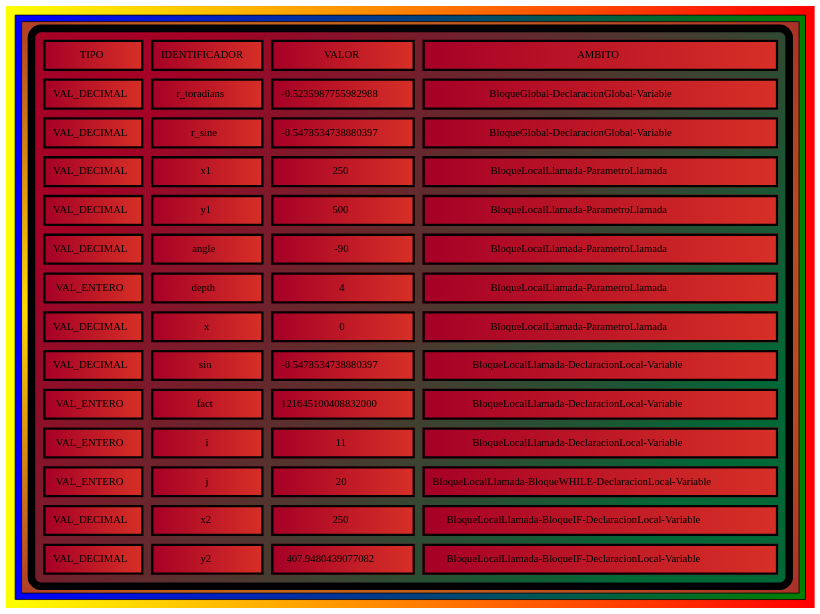
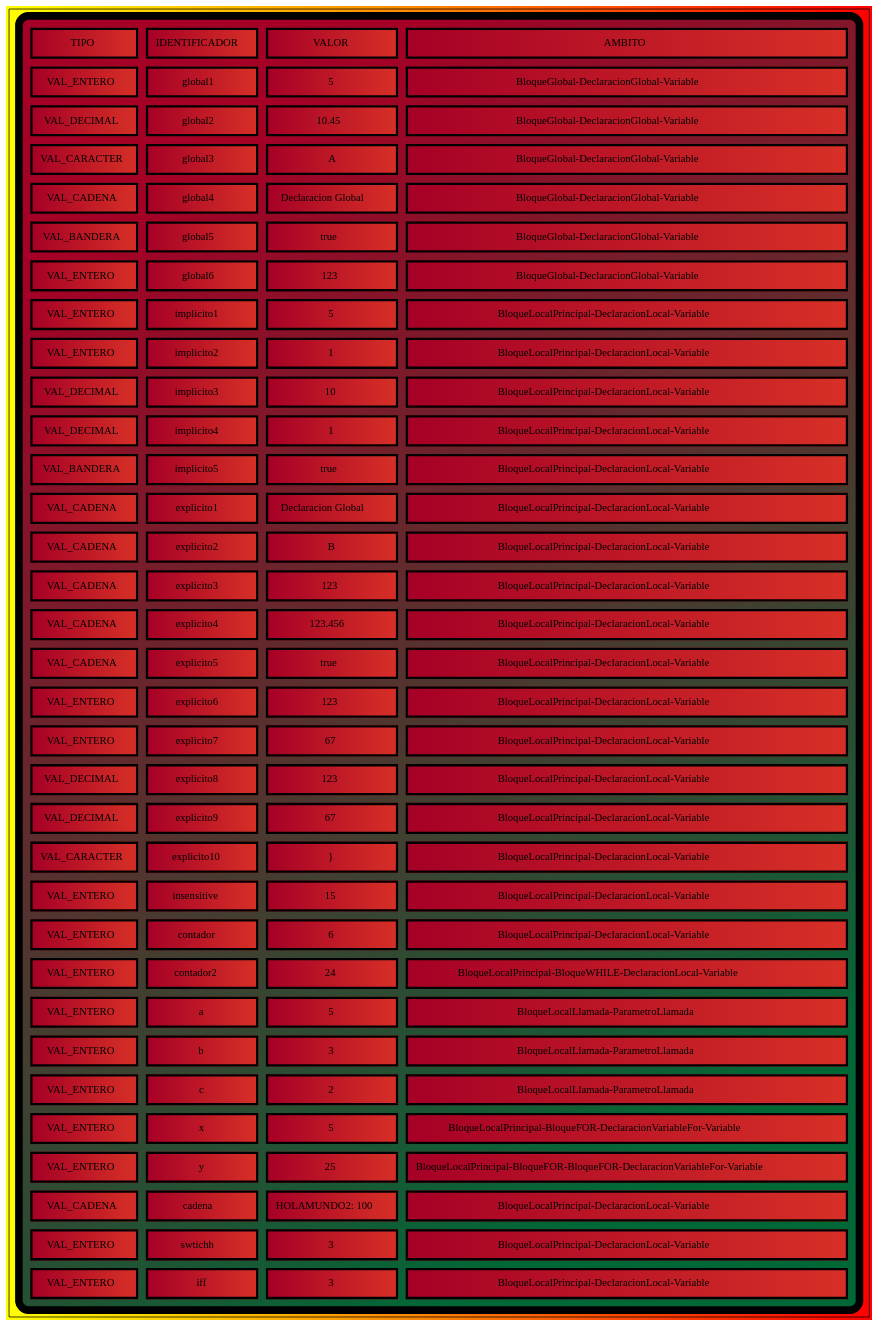
One commit to cocacore7/OLC1-Proyecto2-201908335 changed the diagram in backend/routes/arbol/TS.dot. Above: the diagram before and after it, drawn with Graphviz. The commit also changed 4 other files, not shown here.

```diff
--- a/backend/routes/arbol/TS.dot
+++ b/backend/routes/arbol/TS.dot
@@ -1,6 +1,5 @@
 digraph G { bgcolor="yellow:red"
-subgraph cluster1 {fillcolor="blue:green" style="filled"
-node [shape=record fillcolor="gold:brown" style="radial" gradientangle=180]
+node [shape=filled];
 a0 [label=<
 <TABLE border="10" cellspacing="10" cellpadding="10" style="rounded" bgcolor="/rdylgn11/1:/rdylgn11/11" gradientangle="315">
 <TR>
@@ -10,82 +9,196 @@
 <TD border="3"  bgcolor="/rdylgn11/1:/rdylgn11/2">AMBITO</TD>
 </TR>
 <TR>
-<TD border="3"  bgcolor="/rdylgn11/1:/rdylgn11/2">VAL_DECIMAL</TD>
-<TD border="3"  bgcolor="/rdylgn11/1:/rdylgn11/2">r_toradians</TD>
-<TD border="3"  bgcolor="/rdylgn11/1:/rdylgn11/2">-0.5235987755982988</TD>
+<TD border="3"  bgcolor="/rdylgn11/1:/rdylgn11/2">VAL_ENTERO</TD>
+<TD border="3"  bgcolor="/rdylgn11/1:/rdylgn11/2">global1</TD>
+<TD border="3"  bgcolor="/rdylgn11/1:/rdylgn11/2">5</TD>
 <TD border="3"  bgcolor="/rdylgn11/1:/rdylgn11/2">BloqueGlobal-DeclaracionGlobal-Variable</TD>
 </TR>
 <TR>
 <TD border="3"  bgcolor="/rdylgn11/1:/rdylgn11/2">VAL_DECIMAL</TD>
-<TD border="3"  bgcolor="/rdylgn11/1:/rdylgn11/2">r_sine</TD>
-<TD border="3"  bgcolor="/rdylgn11/1:/rdylgn11/2">-0.5478534738880397</TD>
+<TD border="3"  bgcolor="/rdylgn11/1:/rdylgn11/2">global2</TD>
+<TD border="3"  bgcolor="/rdylgn11/1:/rdylgn11/2">10.45</TD>
 <TD border="3"  bgcolor="/rdylgn11/1:/rdylgn11/2">BloqueGlobal-DeclaracionGlobal-Variable</TD>
 </TR>
 <TR>
-<TD border="3"  bgcolor="/rdylgn11/1:/rdylgn11/2">VAL_DECIMAL</TD>
-<TD border="3"  bgcolor="/rdylgn11/1:/rdylgn11/2">x1</TD>
-<TD border="3"  bgcolor="/rdylgn11/1:/rdylgn11/2">250</TD>
-<TD border="3"  bgcolor="/rdylgn11/1:/rdylgn11/2">BloqueLocalLlamada-ParametroLlamada</TD>
+<TD border="3"  bgcolor="/rdylgn11/1:/rdylgn11/2">VAL_CARACTER</TD>
+<TD border="3"  bgcolor="/rdylgn11/1:/rdylgn11/2">global3</TD>
+<TD border="3"  bgcolor="/rdylgn11/1:/rdylgn11/2">A</TD>
+<TD border="3"  bgcolor="/rdylgn11/1:/rdylgn11/2">BloqueGlobal-DeclaracionGlobal-Variable</TD>
+</TR>
+<TR>
+<TD border="3"  bgcolor="/rdylgn11/1:/rdylgn11/2">VAL_CADENA</TD>
+<TD border="3"  bgcolor="/rdylgn11/1:/rdylgn11/2">global4</TD>
+<TD border="3"  bgcolor="/rdylgn11/1:/rdylgn11/2">Declaracion Global</TD>
+<TD border="3"  bgcolor="/rdylgn11/1:/rdylgn11/2">BloqueGlobal-DeclaracionGlobal-Variable</TD>
+</TR>
+<TR>
+<TD border="3"  bgcolor="/rdylgn11/1:/rdylgn11/2">VAL_BANDERA</TD>
+<TD border="3"  bgcolor="/rdylgn11/1:/rdylgn11/2">global5</TD>
+<TD border="3"  bgcolor="/rdylgn11/1:/rdylgn11/2">true</TD>
+<TD border="3"  bgcolor="/rdylgn11/1:/rdylgn11/2">BloqueGlobal-DeclaracionGlobal-Variable</TD>
+</TR>
+<TR>
+<TD border="3"  bgcolor="/rdylgn11/1:/rdylgn11/2">VAL_ENTERO</TD>
+<TD border="3"  bgcolor="/rdylgn11/1:/rdylgn11/2">global6</TD>
+<TD border="3"  bgcolor="/rdylgn11/1:/rdylgn11/2">123</TD>
+<TD border="3"  bgcolor="/rdylgn11/1:/rdylgn11/2">BloqueGlobal-DeclaracionGlobal-Variable</TD>
+</TR>
+<TR>
+<TD border="3"  bgcolor="/rdylgn11/1:/rdylgn11/2">VAL_ENTERO</TD>
+<TD border="3"  bgcolor="/rdylgn11/1:/rdylgn11/2">implicito1</TD>
+<TD border="3"  bgcolor="/rdylgn11/1:/rdylgn11/2">5</TD>
+<TD border="3"  bgcolor="/rdylgn11/1:/rdylgn11/2">BloqueLocalPrincipal-DeclaracionLocal-Variable</TD>
+</TR>
+<TR>
+<TD border="3"  bgcolor="/rdylgn11/1:/rdylgn11/2">VAL_ENTERO</TD>
+<TD border="3"  bgcolor="/rdylgn11/1:/rdylgn11/2">implicito2</TD>
+<TD border="3"  bgcolor="/rdylgn11/1:/rdylgn11/2">1</TD>
+<TD border="3"  bgcolor="/rdylgn11/1:/rdylgn11/2">BloqueLocalPrincipal-DeclaracionLocal-Variable</TD>
 </TR>
 <TR>
 <TD border="3"  bgcolor="/rdylgn11/1:/rdylgn11/2">VAL_DECIMAL</TD>
-<TD border="3"  bgcolor="/rdylgn11/1:/rdylgn11/2">y1</TD>
-<TD border="3"  bgcolor="/rdylgn11/1:/rdylgn11/2">500</TD>
-<TD border="3"  bgcolor="/rdylgn11/1:/rdylgn11/2">BloqueLocalLlamada-ParametroLlamada</TD>
+<TD border="3"  bgcolor="/rdylgn11/1:/rdylgn11/2">implicito3</TD>
+<TD border="3"  bgcolor="/rdylgn11/1:/rdylgn11/2">10</TD>
+<TD border="3"  bgcolor="/rdylgn11/1:/rdylgn11/2">BloqueLocalPrincipal-DeclaracionLocal-Variable</TD>
 </TR>
 <TR>
 <TD border="3"  bgcolor="/rdylgn11/1:/rdylgn11/2">VAL_DECIMAL</TD>
-<TD border="3"  bgcolor="/rdylgn11/1:/rdylgn11/2">angle</TD>
-<TD border="3"  bgcolor="/rdylgn11/1:/rdylgn11/2">-90</TD>
+<TD border="3"  bgcolor="/rdylgn11/1:/rdylgn11/2">implicito4</TD>
+<TD border="3"  bgcolor="/rdylgn11/1:/rdylgn11/2">1</TD>
+<TD border="3"  bgcolor="/rdylgn11/1:/rdylgn11/2">BloqueLocalPrincipal-DeclaracionLocal-Variable</TD>
+</TR>
+<TR>
+<TD border="3"  bgcolor="/rdylgn11/1:/rdylgn11/2">VAL_BANDERA</TD>
+<TD border="3"  bgcolor="/rdylgn11/1:/rdylgn11/2">implicito5</TD>
+<TD border="3"  bgcolor="/rdylgn11/1:/rdylgn11/2">true</TD>
+<TD border="3"  bgcolor="/rdylgn11/1:/rdylgn11/2">BloqueLocalPrincipal-DeclaracionLocal-Variable</TD>
+</TR>
+<TR>
+<TD border="3"  bgcolor="/rdylgn11/1:/rdylgn11/2">VAL_CADENA</TD>
+<TD border="3"  bgcolor="/rdylgn11/1:/rdylgn11/2">explicito1</TD>
+<TD border="3"  bgcolor="/rdylgn11/1:/rdylgn11/2">Declaracion Global</TD>
+<TD border="3"  bgcolor="/rdylgn11/1:/rdylgn11/2">BloqueLocalPrincipal-DeclaracionLocal-Variable</TD>
+</TR>
+<TR>
+<TD border="3"  bgcolor="/rdylgn11/1:/rdylgn11/2">VAL_CADENA</TD>
+<TD border="3"  bgcolor="/rdylgn11/1:/rdylgn11/2">explicito2</TD>
+<TD border="3"  bgcolor="/rdylgn11/1:/rdylgn11/2">B</TD>
+<TD border="3"  bgcolor="/rdylgn11/1:/rdylgn11/2">BloqueLocalPrincipal-DeclaracionLocal-Variable</TD>
+</TR>
+<TR>
+<TD border="3"  bgcolor="/rdylgn11/1:/rdylgn11/2">VAL_CADENA</TD>
+<TD border="3"  bgcolor="/rdylgn11/1:/rdylgn11/2">explicito3</TD>
+<TD border="3"  bgcolor="/rdylgn11/1:/rdylgn11/2">123</TD>
+<TD border="3"  bgcolor="/rdylgn11/1:/rdylgn11/2">BloqueLocalPrincipal-DeclaracionLocal-Variable</TD>
+</TR>
+<TR>
+<TD border="3"  bgcolor="/rdylgn11/1:/rdylgn11/2">VAL_CADENA</TD>
+<TD border="3"  bgcolor="/rdylgn11/1:/rdylgn11/2">explicito4</TD>
+<TD border="3"  bgcolor="/rdylgn11/1:/rdylgn11/2">123.456</TD>
+<TD border="3"  bgcolor="/rdylgn11/1:/rdylgn11/2">BloqueLocalPrincipal-DeclaracionLocal-Variable</TD>
+</TR>
+<TR>
+<TD border="3"  bgcolor="/rdylgn11/1:/rdylgn11/2">VAL_CADENA</TD>
+<TD border="3"  bgcolor="/rdylgn11/1:/rdylgn11/2">explicito5</TD>
+<TD border="3"  bgcolor="/rdylgn11/1:/rdylgn11/2">true</TD>
+<TD border="3"  bgcolor="/rdylgn11/1:/rdylgn11/2">BloqueLocalPrincipal-DeclaracionLocal-Variable</TD>
+</TR>
+<TR>
+<TD border="3"  bgcolor="/rdylgn11/1:/rdylgn11/2">VAL_ENTERO</TD>
+<TD border="3"  bgcolor="/rdylgn11/1:/rdylgn11/2">explicito6</TD>
+<TD border="3"  bgcolor="/rdylgn11/1:/rdylgn11/2">123</TD>
+<TD border="3"  bgcolor="/rdylgn11/1:/rdylgn11/2">BloqueLocalPrincipal-DeclaracionLocal-Variable</TD>
+</TR>
+<TR>
+<TD border="3"  bgcolor="/rdylgn11/1:/rdylgn11/2">VAL_ENTERO</TD>
+<TD border="3"  bgcolor="/rdylgn11/1:/rdylgn11/2">explicito7</TD>
+<TD border="3"  bgcolor="/rdylgn11/1:/rdylgn11/2">67</TD>
+<TD border="3"  bgcolor="/rdylgn11/1:/rdylgn11/2">BloqueLocalPrincipal-DeclaracionLocal-Variable</TD>
+</TR>
+<TR>
+<TD border="3"  bgcolor="/rdylgn11/1:/rdylgn11/2">VAL_DECIMAL</TD>
+<TD border="3"  bgcolor="/rdylgn11/1:/rdylgn11/2">explicito8</TD>
+<TD border="3"  bgcolor="/rdylgn11/1:/rdylgn11/2">123</TD>
+<TD border="3"  bgcolor="/rdylgn11/1:/rdylgn11/2">BloqueLocalPrincipal-DeclaracionLocal-Variable</TD>
+</TR>
+<TR>
+<TD border="3"  bgcolor="/rdylgn11/1:/rdylgn11/2">VAL_DECIMAL</TD>
+<TD border="3"  bgcolor="/rdylgn11/1:/rdylgn11/2">explicito9</TD>
+<TD border="3"  bgcolor="/rdylgn11/1:/rdylgn11/2">67</TD>
+<TD border="3"  bgcolor="/rdylgn11/1:/rdylgn11/2">BloqueLocalPrincipal-DeclaracionLocal-Variable</TD>
+</TR>
+<TR>
+<TD border="3"  bgcolor="/rdylgn11/1:/rdylgn11/2">VAL_CARACTER</TD>
+<TD border="3"  bgcolor="/rdylgn11/1:/rdylgn11/2">explicito10</TD>
+<TD border="3"  bgcolor="/rdylgn11/1:/rdylgn11/2">}</TD>
+<TD border="3"  bgcolor="/rdylgn11/1:/rdylgn11/2">BloqueLocalPrincipal-DeclaracionLocal-Variable</TD>
+</TR>
+<TR>
+<TD border="3"  bgcolor="/rdylgn11/1:/rdylgn11/2">VAL_ENTERO</TD>
+<TD border="3"  bgcolor="/rdylgn11/1:/rdylgn11/2">insensitive</TD>
+<TD border="3"  bgcolor="/rdylgn11/1:/rdylgn11/2">15</TD>
+<TD border="3"  bgcolor="/rdylgn11/1:/rdylgn11/2">BloqueLocalPrincipal-DeclaracionLocal-Variable</TD>
+</TR>
+<TR>
+<TD border="3"  bgcolor="/rdylgn11/1:/rdylgn11/2">VAL_ENTERO</TD>
+<TD border="3"  bgcolor="/rdylgn11/1:/rdylgn11/2">contador</TD>
+<TD border="3"  bgcolor="/rdylgn11/1:/rdylgn11/2">6</TD>
+<TD border="3"  bgcolor="/rdylgn11/1:/rdylgn11/2">BloqueLocalPrincipal-DeclaracionLocal-Variable</TD>
+</TR>
+<TR>
+<TD border="3"  bgcolor="/rdylgn11/1:/rdylgn11/2">VAL_ENTERO</TD>
+<TD border="3"  bgcolor="/rdylgn11/1:/rdylgn11/2">contador2</TD>
+<TD border="3"  bgcolor="/rdylgn11/1:/rdylgn11/2">24</TD>
+<TD border="3"  bgcolor="/rdylgn11/1:/rdylgn11/2">BloqueLocalPrincipal-BloqueWHILE-DeclaracionLocal-Variable</TD>
+</TR>
+<TR>
+<TD border="3"  bgcolor="/rdylgn11/1:/rdylgn11/2">VAL_ENTERO</TD>
+<TD border="3"  bgcolor="/rdylgn11/1:/rdylgn11/2">a</TD>
+<TD border="3"  bgcolor="/rdylgn11/1:/rdylgn11/2">5</TD>
 <TD border="3"  bgcolor="/rdylgn11/1:/rdylgn11/2">BloqueLocalLlamada-ParametroLlamada</TD>
 </TR>
 <TR>
 <TD border="3"  bgcolor="/rdylgn11/1:/rdylgn11/2">VAL_ENTERO</TD>
-<TD border="3"  bgcolor="/rdylgn11/1:/rdylgn11/2">depth</TD>
-<TD border="3"  bgcolor="/rdylgn11/1:/rdylgn11/2">4</TD>
+<TD border="3"  bgcolor="/rdylgn11/1:/rdylgn11/2">b</TD>
+<TD border="3"  bgcolor="/rdylgn11/1:/rdylgn11/2">3</TD>
 <TD border="3"  bgcolor="/rdylgn11/1:/rdylgn11/2">BloqueLocalLlamada-ParametroLlamada</TD>
 </TR>
 <TR>
-<TD border="3"  bgcolor="/rdylgn11/1:/rdylgn11/2">VAL_DECIMAL</TD>
-<TD border="3"  bgcolor="/rdylgn11/1:/rdylgn11/2">x</TD>
-<TD border="3"  bgcolor="/rdylgn11/1:/rdylgn11/2">0</TD>
+<TD border="3"  bgcolor="/rdylgn11/1:/rdylgn11/2">VAL_ENTERO</TD>
+<TD border="3"  bgcolor="/rdylgn11/1:/rdylgn11/2">c</TD>
+<TD border="3"  bgcolor="/rdylgn11/1:/rdylgn11/2">2</TD>
 <TD border="3"  bgcolor="/rdylgn11/1:/rdylgn11/2">BloqueLocalLlamada-ParametroLlamada</TD>
 </TR>
 <TR>
-<TD border="3"  bgcolor="/rdylgn11/1:/rdylgn11/2">VAL_DECIMAL</TD>
-<TD border="3"  bgcolor="/rdylgn11/1:/rdylgn11/2">sin</TD>
-<TD border="3"  bgcolor="/rdylgn11/1:/rdylgn11/2">-0.5478534738880397</TD>
-<TD border="3"  bgcolor="/rdylgn11/1:/rdylgn11/2">BloqueLocalLlamada-DeclaracionLocal-Variable</TD>
+<TD border="3"  bgcolor="/rdylgn11/1:/rdylgn11/2">VAL_ENTERO</TD>
+<TD border="3"  bgcolor="/rdylgn11/1:/rdylgn11/2">x</TD>
+<TD border="3"  bgcolor="/rdylgn11/1:/rdylgn11/2">5</TD>
+<TD border="3"  bgcolor="/rdylgn11/1:/rdylgn11/2">BloqueLocalPrincipal-BloqueFOR-DeclaracionVariableFor-Variable</TD>
 </TR>
 <TR>
 <TD border="3"  bgcolor="/rdylgn11/1:/rdylgn11/2">VAL_ENTERO</TD>
-<TD border="3"  bgcolor="/rdylgn11/1:/rdylgn11/2">fact</TD>
-<TD border="3"  bgcolor="/rdylgn11/1:/rdylgn11/2">121645100408832000</TD>
-<TD border="3"  bgcolor="/rdylgn11/1:/rdylgn11/2">BloqueLocalLlamada-DeclaracionLocal-Variable</TD>
+<TD border="3"  bgcolor="/rdylgn11/1:/rdylgn11/2">y</TD>
+<TD border="3"  bgcolor="/rdylgn11/1:/rdylgn11/2">25</TD>
+<TD border="3"  bgcolor="/rdylgn11/1:/rdylgn11/2">BloqueLocalPrincipal-BloqueFOR-BloqueFOR-DeclaracionVariableFor-Variable</TD>
+</TR>
+<TR>
+<TD border="3"  bgcolor="/rdylgn11/1:/rdylgn11/2">VAL_CADENA</TD>
+<TD border="3"  bgcolor="/rdylgn11/1:/rdylgn11/2">cadena</TD>
+<TD border="3"  bgcolor="/rdylgn11/1:/rdylgn11/2">HOLAMUNDO2: 100</TD>
+<TD border="3"  bgcolor="/rdylgn11/1:/rdylgn11/2">BloqueLocalPrincipal-DeclaracionLocal-Variable</TD>
 </TR>
 <TR>
 <TD border="3"  bgcolor="/rdylgn11/1:/rdylgn11/2">VAL_ENTERO</TD>
-<TD border="3"  bgcolor="/rdylgn11/1:/rdylgn11/2">i</TD>
-<TD border="3"  bgcolor="/rdylgn11/1:/rdylgn11/2">11</TD>
-<TD border="3"  bgcolor="/rdylgn11/1:/rdylgn11/2">BloqueLocalLlamada-DeclaracionLocal-Variable</TD>
+<TD border="3"  bgcolor="/rdylgn11/1:/rdylgn11/2">swtichh</TD>
+<TD border="3"  bgcolor="/rdylgn11/1:/rdylgn11/2">3</TD>
+<TD border="3"  bgcolor="/rdylgn11/1:/rdylgn11/2">BloqueLocalPrincipal-DeclaracionLocal-Variable</TD>
 </TR>
 <TR>
 <TD border="3"  bgcolor="/rdylgn11/1:/rdylgn11/2">VAL_ENTERO</TD>
-<TD border="3"  bgcolor="/rdylgn11/1:/rdylgn11/2">j</TD>
-<TD border="3"  bgcolor="/rdylgn11/1:/rdylgn11/2">20</TD>
-<TD border="3"  bgcolor="/rdylgn11/1:/rdylgn11/2">BloqueLocalLlamada-BloqueWHILE-DeclaracionLocal-Variable</TD>
-</TR>
-<TR>
-<TD border="3"  bgcolor="/rdylgn11/1:/rdylgn11/2">VAL_DECIMAL</TD>
-<TD border="3"  bgcolor="/rdylgn11/1:/rdylgn11/2">x2</TD>
-<TD border="3"  bgcolor="/rdylgn11/1:/rdylgn11/2">250</TD>
-<TD border="3"  bgcolor="/rdylgn11/1:/rdylgn11/2">BloqueLocalLlamada-BloqueIF-DeclaracionLocal-Variable</TD>
-</TR>
-<TR>
-<TD border="3"  bgcolor="/rdylgn11/1:/rdylgn11/2">VAL_DECIMAL</TD>
-<TD border="3"  bgcolor="/rdylgn11/1:/rdylgn11/2">y2</TD>
-<TD border="3"  bgcolor="/rdylgn11/1:/rdylgn11/2">407.9480439077082</TD>
-<TD border="3"  bgcolor="/rdylgn11/1:/rdylgn11/2">BloqueLocalLlamada-BloqueIF-DeclaracionLocal-Variable</TD>
+<TD border="3"  bgcolor="/rdylgn11/1:/rdylgn11/2">iff</TD>
+<TD border="3"  bgcolor="/rdylgn11/1:/rdylgn11/2">3</TD>
+<TD border="3"  bgcolor="/rdylgn11/1:/rdylgn11/2">BloqueLocalPrincipal-DeclaracionLocal-Variable</TD>
 </TR>
 </TABLE>>];
-}}
+}
```
